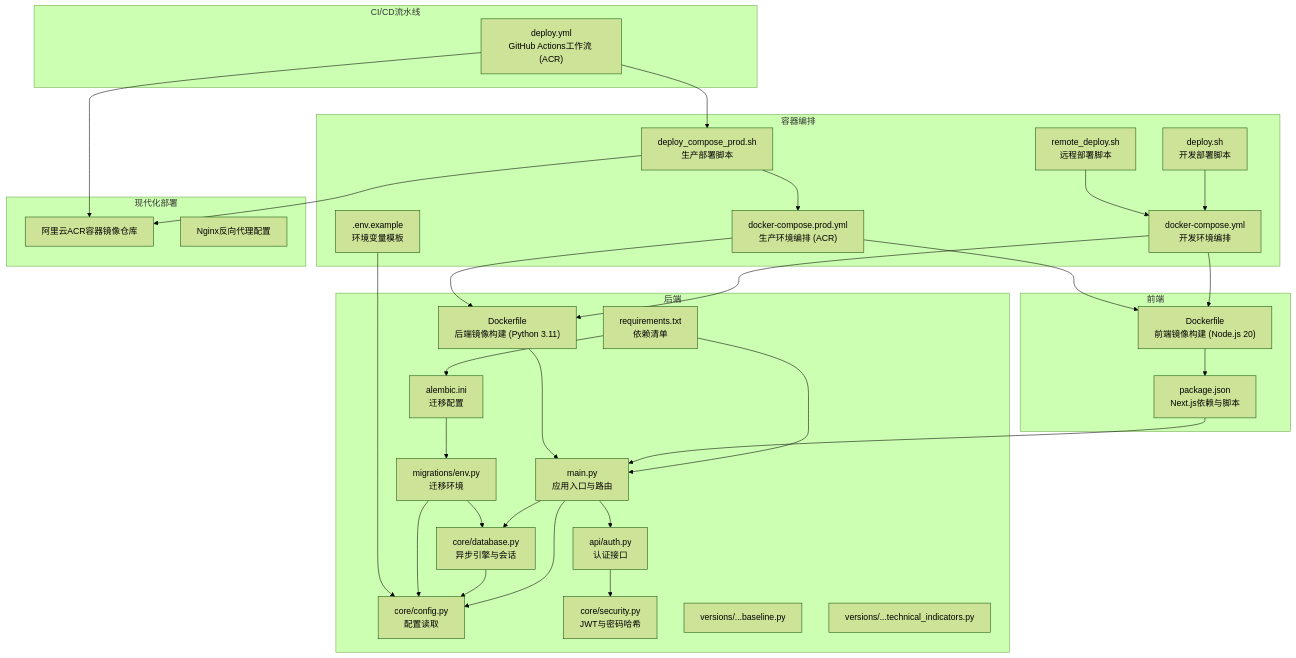
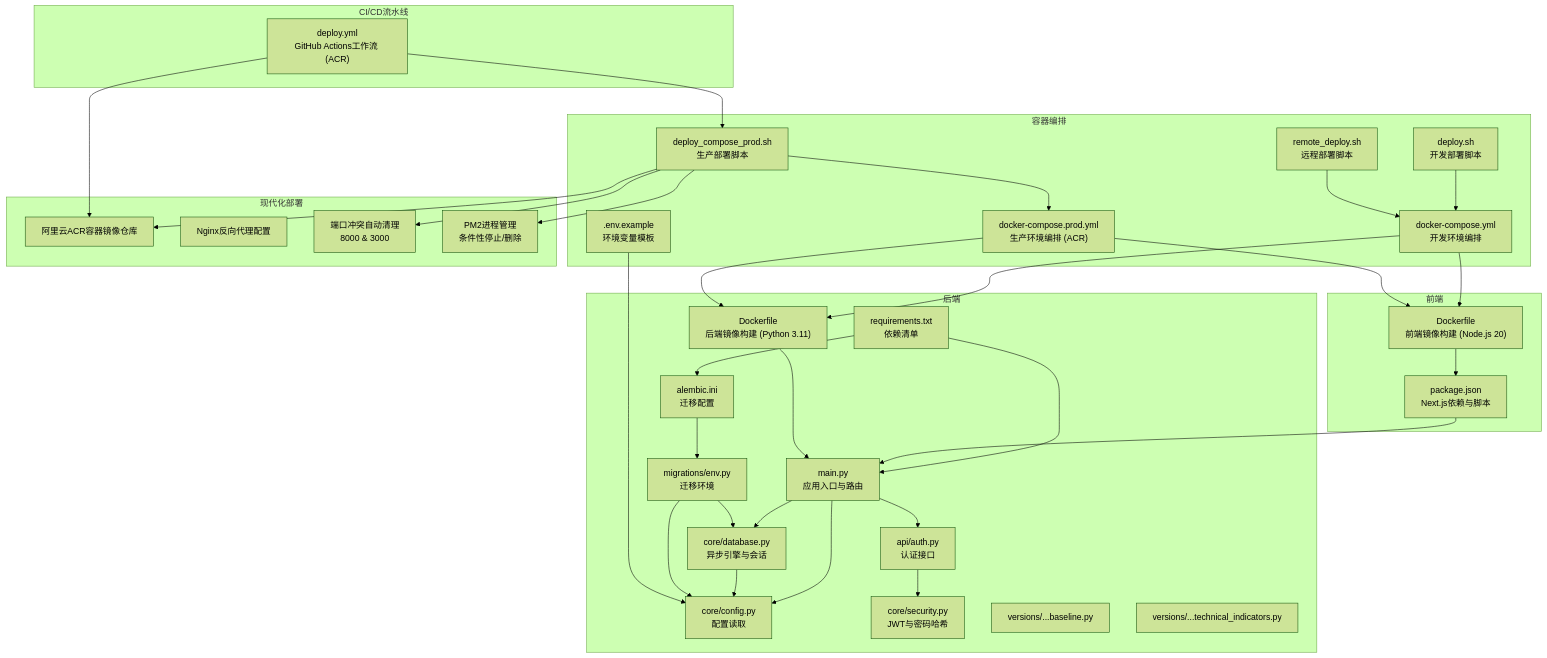
One commit to breeze-lyf/ai-stock-advisor changed the first of 6 diagrams in .qoder/repowiki/zh/content/部署与运维/生产环境部署.md. Above: the diagram before and after it, drawn with Mermaid (forest theme). The commit also changed other lines of this file and 169 other files, not shown here.

````diff
--- a/.qoder/repowiki/zh/content/部署与运维/生产环境部署.md
+++ b/.qoder/repowiki/zh/content/部署与运维/生产环境部署.md
@@ -67,59 +74,63 @@
 ```mermaid
 graph TB
 subgraph "后端"
 M["main.py<br/>应用入口与路由"]
 C["core/config.py<br/>配置读取"]
 D["core/database.py<br/>异步引擎与会话"]
 S["core/security.py<br/>JWT与密码哈希"]
 A["api/auth.py<br/>认证接口"]
 R["requirements.txt<br/>依赖清单"]
 L["alembic.ini<br/>迁移配置"]
 E["migrations/env.py<br/>迁移环境"]
 V1["versions/...baseline.py"]
 V2["versions/...technical_indicators.py"]
 DF["Dockerfile<br/>后端镜像构建 (Python 3.11)"]
 end
 subgraph "前端"
 P["package.json<br/>Next.js依赖与脚本"]
 FD["Dockerfile<br/>前端镜像构建 (Node.js 20)"]
 end
 subgraph "容器编排"
 DC["docker-compose.yml<br/>开发环境编排"]
 DCP["docker-compose.prod.yml<br/>生产环境编排 (ACR)"]
 DEP["deploy.sh<br/>开发部署脚本"]
 RDEP["remote_deploy.sh<br/>远程部署脚本"]
 PCDEP["deploy_compose_prod.sh<br/>生产部署脚本"]
 ENV[".env.example<br/>环境变量模板"]
 end
 subgraph "CI/CD流水线"
 GHA["deploy.yml<br/>GitHub Actions工作流 (ACR)"]
 end
 subgraph "现代化部署"
 ACR["阿里云ACR容器镜像仓库"]
 NGINX["Nginx反向代理配置"]
+PORTCLEAN["端口冲突自动清理<br/>8000 & 3000"]
+PM2MGR["PM2进程管理<br/>条件性停止/删除"]
 end
 M --> A
 M --> C
 M --> D
 A --> S
 D --> C
 L --> E
 E --> C
 E --> D
 R --> M
 R --> L
 P --> M
 DF --> M
 FD --> P
 DC --> DF
 DC --> FD
 DCP --> DF
 DCP --> FD
 DEP --> DC
 RDEP --> DC
 PCDEP --> DCP
 PCDEP --> ACR
+PCDEP --> PORTCLEAN
+PCDEP --> PM2MGR
 ENV --> C
 GHA --> PCDEP
 GHA --> ACR
 ```
````
